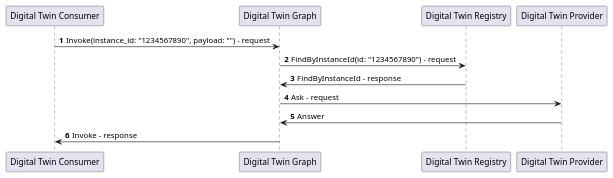
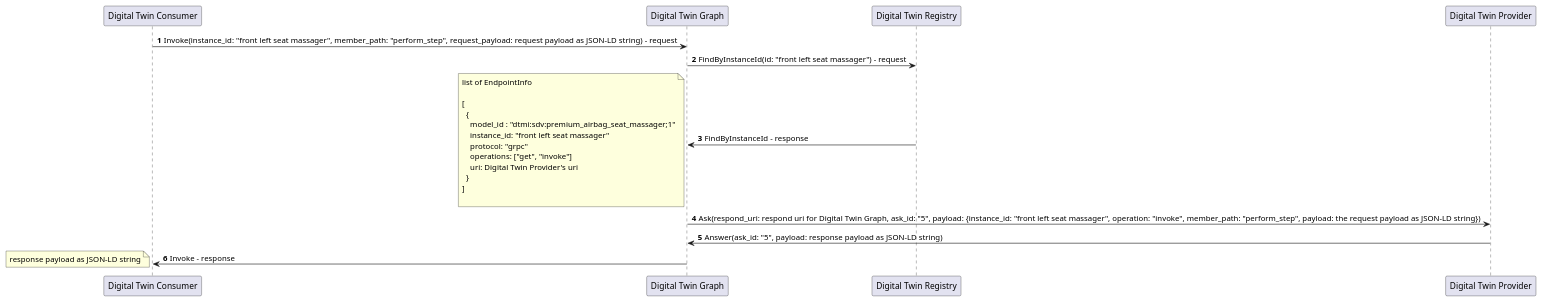
One commit to eclipse-ibeji/ibeji changed the diagram in docs/design/modules/digital_twin_graph/diagrams/invoke_sequence.puml. Above: the diagram before and after it, drawn with PlantUML. The commit also changed 9 other files, not shown here.

Commit message:
Digital Twin Graph

```diff
--- a/docs/design/modules/digital_twin_graph/diagrams/invoke_sequence.puml
+++ b/docs/design/modules/digital_twin_graph/diagrams/invoke_sequence.puml
@@ -1,20 +1,37 @@
 @startuml
 
 autonumber
 
 participant "Digital Twin Consumer" as CONSUMER
 participant "Digital Twin Graph" as DIGITAL_TWIN_GRAPH
 participant "Digital Twin Registry" as DIGITAL_TWIN_REGISTRY
 participant "Digital Twin Provider" as PROVIDER
 
-CONSUMER -> DIGITAL_TWIN_GRAPH: Invoke(instance_id: "1234567890", payload: "") - request
+CONSUMER -> DIGITAL_TWIN_GRAPH: Invoke(instance_id: "front left seat massager", member_path: "perform_step", request_payload: request payload as JSON-LD string) - request
 
-DIGITAL_TWIN_GRAPH -> DIGITAL_TWIN_REGISTRY: FindByInstanceId(id: "1234567890") - request
+DIGITAL_TWIN_GRAPH -> DIGITAL_TWIN_REGISTRY: FindByInstanceId(id: "front left seat massager") - request
 DIGITAL_TWIN_GRAPH <- DIGITAL_TWIN_REGISTRY: FindByInstanceId - response
+note left
+  list of EndpointInfo
 
-DIGITAL_TWIN_GRAPH -> PROVIDER: Ask - request
-DIGITAL_TWIN_GRAPH <- PROVIDER: Answer
+  [
+    {
+      model_id : "dtmi:sdv:premium_airbag_seat_massager;1"
+      instance_id: "front left seat massager"
+      protocol: "grpc"
+      operations: ["get", "invoke"]
+      uri: Digital Twin Provider's uri
+    }
+  ]
+
+end note
+
+DIGITAL_TWIN_GRAPH -> PROVIDER: Ask(respond_uri: respond uri for Digital Twin Graph, ask_id: "5", payload: {instance_id: "front left seat massager", operation: "invoke", member_path: "perform_step", payload: the request payload as JSON-LD string})
+DIGITAL_TWIN_GRAPH <- PROVIDER: Answer(ask_id: "5", payload: response payload as JSON-LD string)
 
 CONSUMER <- DIGITAL_TWIN_GRAPH: Invoke - response
+note left
+  response payload as JSON-LD string
+end note
 
 @enduml
```
